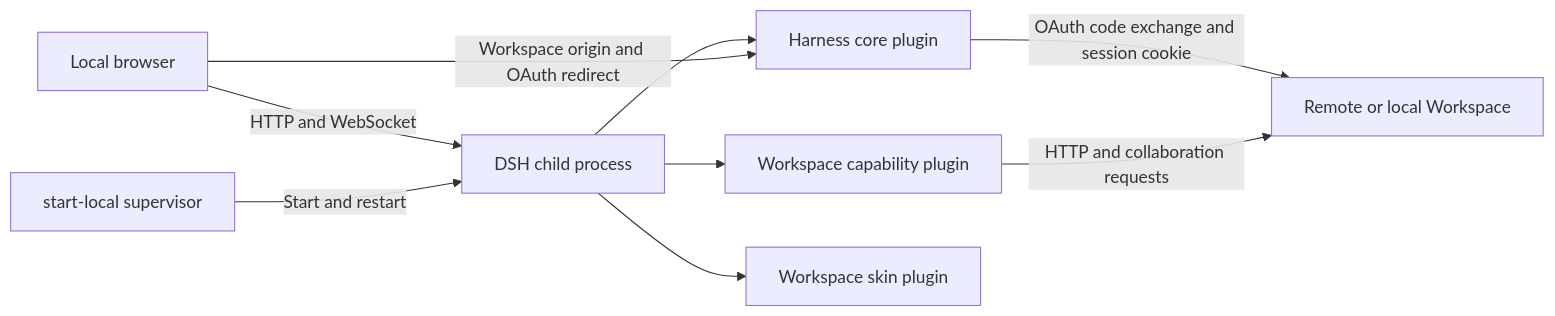
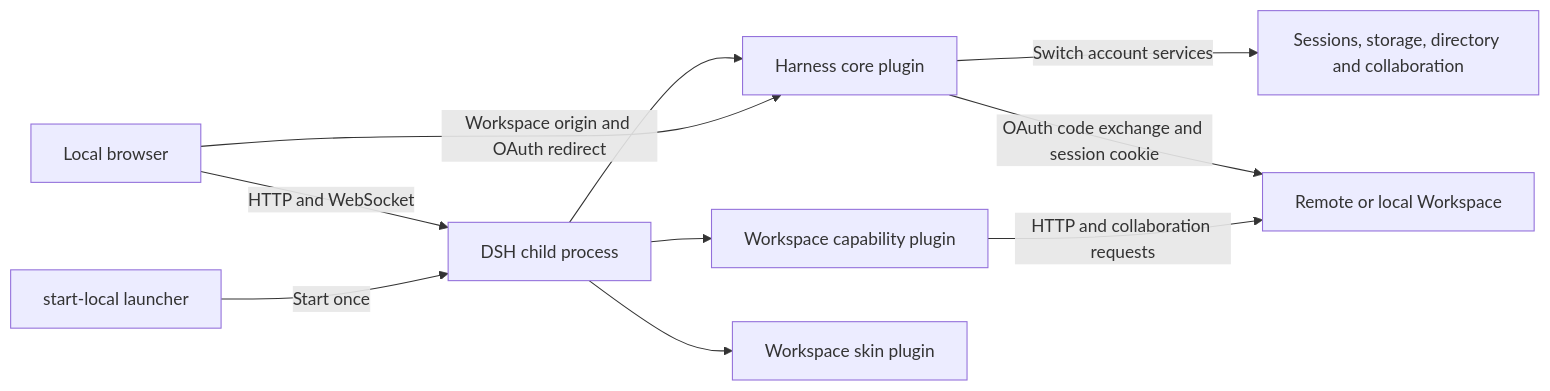
Before and after one commit to dream-num/univer-workspace: the diagram in apps/harness/README.md, drawn with Mermaid. The commit also changed other lines of this file and 27 other files, not shown here.

Commit message:
feat: switch Workspace connections without restarting DSH

````diff
--- a/apps/harness/README.md
+++ b/apps/harness/README.md
@@ -39,11 +39,12 @@
 ```mermaid
 flowchart LR
   Browser[Local browser] -->|HTTP and WebSocket| DSH[DSH child process]
-  Supervisor[start-local supervisor] -->|Start and restart| DSH
+  Launcher[start-local launcher] -->|Start once| DSH
+  Core -->|Switch account services| Account[Sessions, storage, directory and collaboration]
   DSH --> Core[Harness core plugin]
   DSH --> Capability[Workspace capability plugin]
   DSH --> Skin[Workspace skin plugin]
   Core -->|OAuth code exchange and session cookie| Workspace[Remote or local Workspace]
   Capability -->|HTTP and collaboration requests| Workspace
   Browser -->|Workspace origin and OAuth redirect| Core
 ```
````
